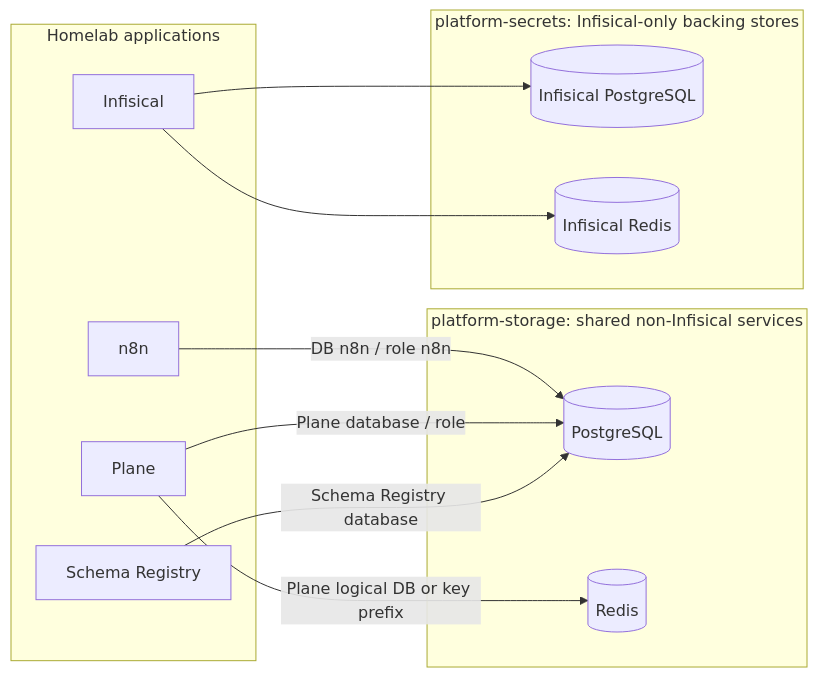
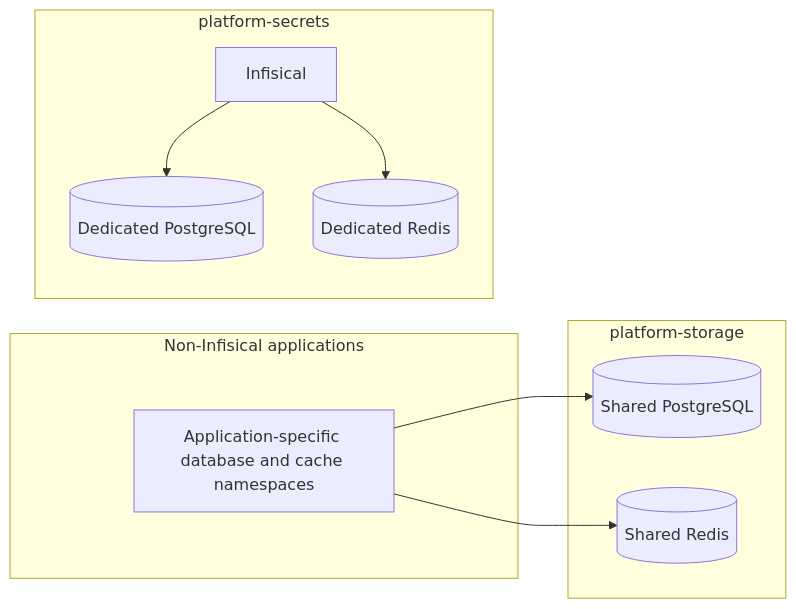
One commit to amirtaherkhani/kubedeck changed the diagram in docs/architecture/shared-data-services.md. Above: the diagram before and after it, drawn with Mermaid. The commit also changed other lines of this file and 41 other files, not shown here.

Commit message:
chore(services): retire Plane, Cognee, and n8n

````diff
--- a/docs/architecture/shared-data-services.md
+++ b/docs/architecture/shared-data-services.md
@@ -34,26 +32,22 @@
 ```mermaid
 flowchart LR
-    subgraph apps[Homelab applications]
-        n8n[n8n]
-        plane[Plane]
-        schema[Schema Registry]
-        infisical[Infisical]
+    subgraph apps[Non-Infisical applications]
+        app[Application-specific database and cache namespaces]
     end
 
-    subgraph shared[platform-storage: shared non-Infisical services]
-        pg[(PostgreSQL)]
-        redis[(Redis)]
+    subgraph shared[platform-storage]
+        pg[(Shared PostgreSQL)]
+        redis[(Shared Redis)]
     end
 
-    subgraph isolated[platform-secrets: Infisical-only backing stores]
-        ipg[(Infisical PostgreSQL)]
-        iredis[(Infisical Redis)]
+    subgraph isolated[platform-secrets]
+        infisical[Infisical]
+        ipg[(Dedicated PostgreSQL)]
+        iredis[(Dedicated Redis)]
     end
 
-    n8n -->|DB n8n / role n8n| pg
-    plane -->|Plane database / role| pg
-    plane -->|Plane logical DB or key prefix| redis
-    schema -->|Schema Registry database| pg
+    app --> pg
+    app --> redis
     infisical --> ipg
     infisical --> iredis
 ```
````
